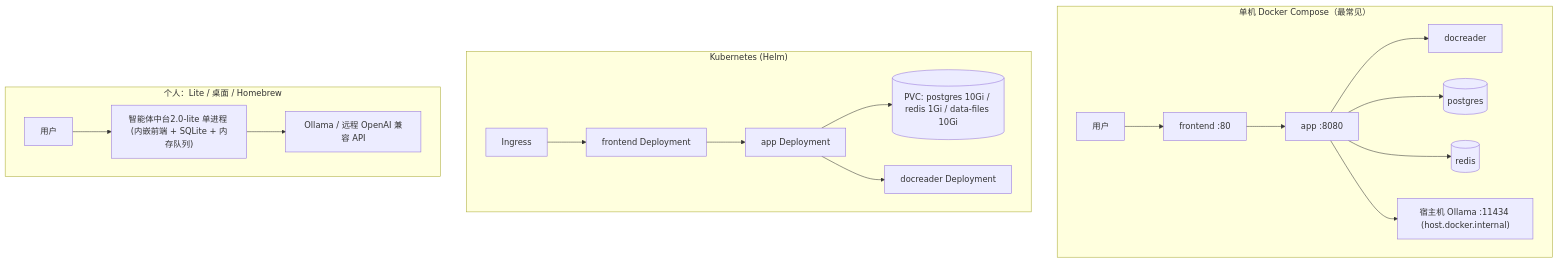
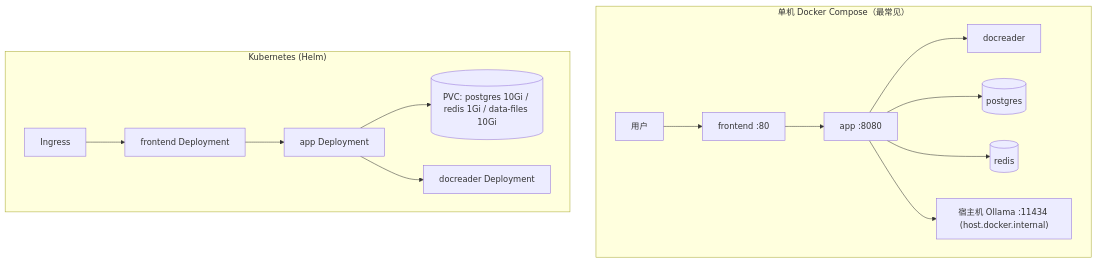
One commit to qinlei131479/WeKnora changed the second of 2 diagrams in apps/docs/01-getting-started/02-installation.md. Above: the diagram before and after it, drawn with Mermaid. The commit also changed other lines of this file and 23 other files, not shown here.

````diff
--- a/apps/docs/01-getting-started/02-installation.md
+++ b/apps/docs/01-getting-started/02-installation.md
@@ -279,22 +277,17 @@
 ```mermaid
 flowchart TB
     subgraph host["单机 Docker Compose（最常见）"]
         direction LR
         U1["用户"] --> N1["frontend :80"] --> A1["app :8080"]
         A1 --> D1["docreader"]
         A1 --> P1[("postgres")]
         A1 --> R1[("redis")]
         A1 --> O1["宿主机 Ollama :11434 (host.docker.internal)"]
     end
     subgraph k8s["Kubernetes (Helm)"]
         direction LR
         ING["Ingress"] --> FE2["frontend Deployment"] --> A2["app Deployment"]
         A2 --> PVC1[("PVC: postgres 10Gi / redis 1Gi / data-files 10Gi")]
         A2 --> D2["docreader Deployment"]
     end
-    subgraph laptop["个人：Lite / 桌面 / Homebrew"]
-        direction LR
-        U3["用户"] --> L1["智能体中台2.0-lite 单进程 (内嵌前端 + SQLite + 内存队列)"]
-        L1 --> O3["Ollama / 远程 OpenAI 兼容 API"]
-    end
 ```
````
